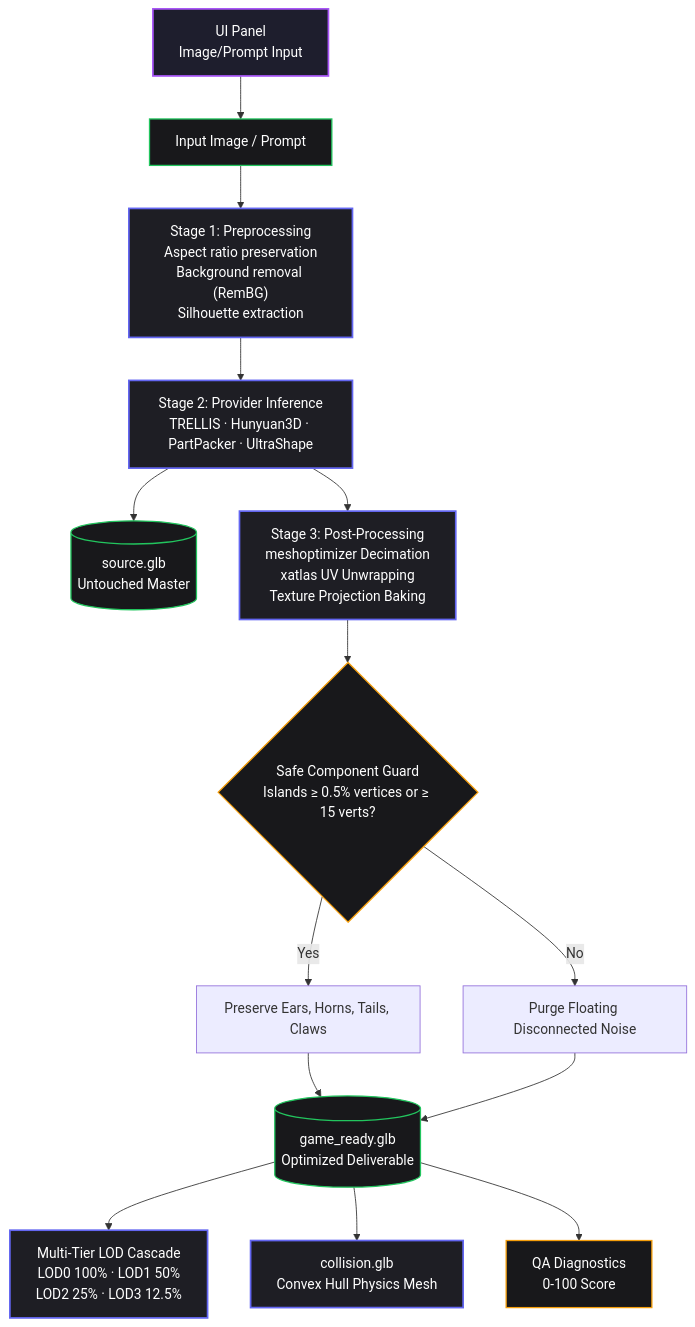
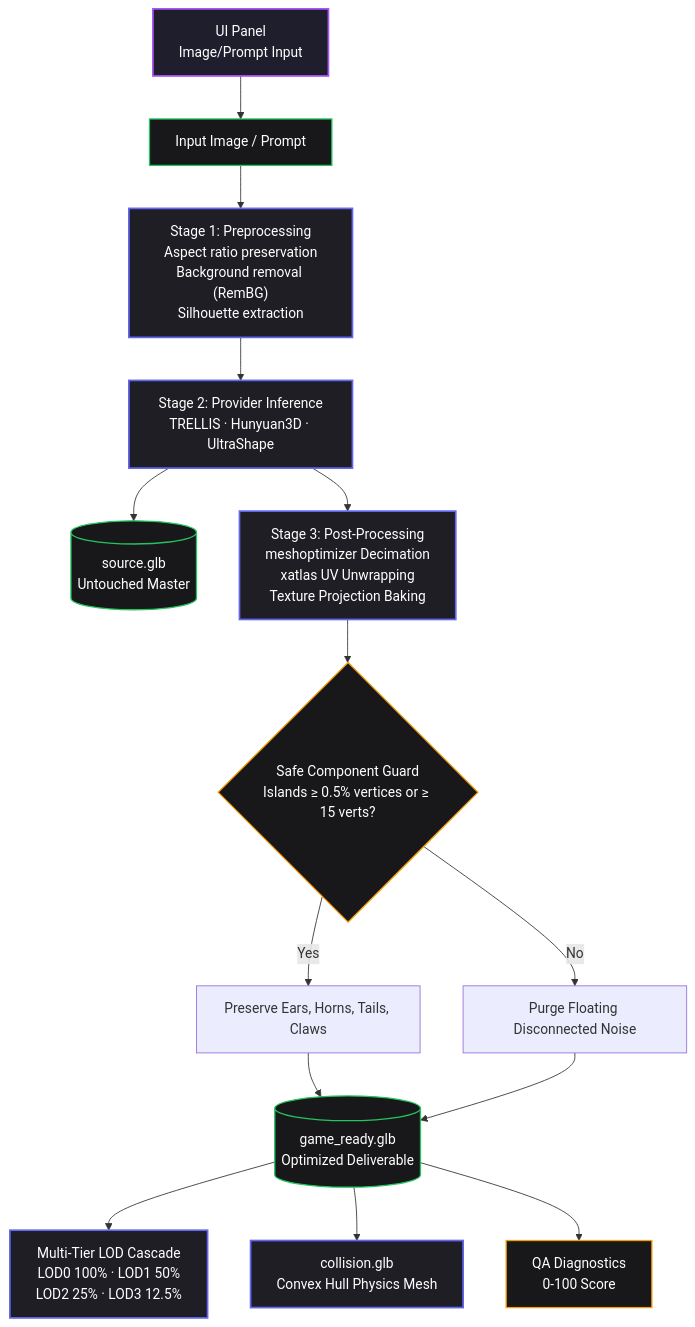
The third of 3 diagrams in Docs/PRD.md (Silentzx2/ForMash3D), drawn with Mermaid before and after one commit. The commit also changed other lines of this file and 96 other files, not shown here.

````diff
--- a/Docs/PRD.md
+++ b/Docs/PRD.md
@@ -234,21 +231,21 @@
 ```mermaid
 flowchart TD
     classDef stage fill:#1e1e24,stroke:#6366f1,stroke-width:2px,color:#fff;
     classDef data fill:#18181b,stroke:#22c55e,stroke-width:1.5px,color:#fff;
     classDef guard fill:#18181b,stroke:#f59e0b,stroke-width:1.5px,color:#fff;
     classDef api fill:#1e1e2d,stroke:#a855f7,stroke-width:2px,color:#fff;
 
     UI["UI Panel<br/>Image/Prompt Input"]:::api --> IN["Input Image / Prompt"]:::data
     IN --> PRE["Stage 1: Preprocessing<br/>Aspect ratio preservation<br/>Background removal (RemBG)<br/>Silhouette extraction"]:::stage
-    PRE --> INF["Stage 2: Provider Inference<br/>TRELLIS · Hunyuan3D · PartPacker · UltraShape"]:::stage
+    PRE --> INF["Stage 2: Provider Inference<br/>TRELLIS · Hunyuan3D · UltraShape"]:::stage
     INF --> RAW_OUT[("source.glb<br/>Untouched Master")]:::data
     INF --> PROCESS["Stage 3: Post-Processing<br/>meshoptimizer Decimation<br/>xatlas UV Unwrapping<br/>Texture Projection Baking"]:::stage
     PROCESS --> G1{"Safe Component Guard<br/>Islands ≥ 0.5% vertices or ≥ 15 verts?"}:::guard
     G1 -->|Yes| KEEP["Preserve Ears, Horns, Tails, Claws"]
     G1 -->|No| PRUNE["Purge Floating Disconnected Noise"]
     KEEP --> BASE[("game_ready.glb<br/>Optimized Deliverable")]:::data
     PRUNE --> BASE
     BASE --> LOD["Multi-Tier LOD Cascade<br/>LOD0 100% · LOD1 50%<br/>LOD2 25% · LOD3 12.5%"]:::stage
     BASE --> COL["collision.glb<br/>Convex Hull Physics Mesh"]:::stage
     BASE --> QA["QA Diagnostics<br/>0-100 Score"]:::guard
 ```
````
